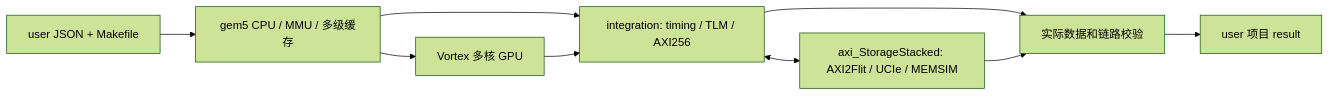
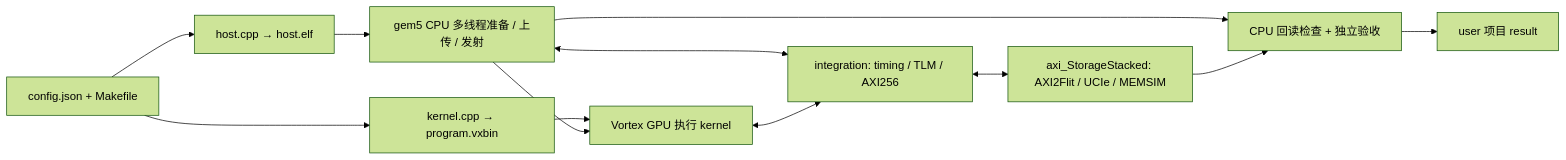
The diagram in README.md (hy2581/vortex_StorageStacked), drawn with Mermaid (forest theme) before and after one commit. The commit also changed other lines of this file and 5 other files, not shown here.

Commit message:
Document CPU GPU roles and gem5 multicore usage

````diff
--- a/README.md
+++ b/README.md
@@ -70,11 +78,14 @@
 ```mermaid
 flowchart LR
-    A[user JSON + Makefile] --> B[gem5 CPU / MMU / 多级缓存]
-    B --> C[Vortex 多核 GPU]
-    B --> D[integration: timing / TLM / AXI256]
-    C --> D
+    A[config.json + Makefile] --> H[host.cpp → host.elf]
+    A --> K[kernel.cpp → program.vxbin]
+    H --> B[gem5 CPU 多线程准备 / 上传 / 发射]
+    K --> C[Vortex GPU 执行 kernel]
+    B --> C
+    B <--> D[integration: timing / TLM / AXI256]
+    C <--> D
     D <--> E[axi_StorageStacked: AXI2Flit / UCIe / MEMSIM]
-    D --> F[实际数据和链路校验]
+    B --> F[CPU 回读检查 + 独立验收]
     E --> F
     F --> G[user 项目 result]
 ```
````
